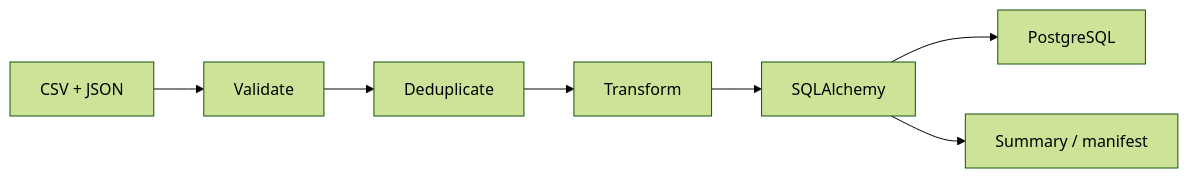
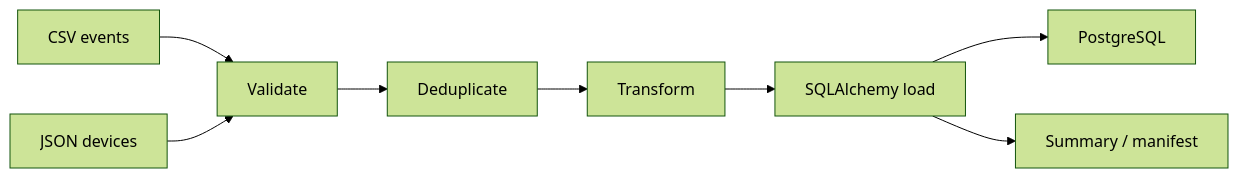
Before and after one commit to guilherme-lacerda-tech/data-etl-automation-lab: the diagram in README.md, drawn with Mermaid (forest theme). The commit also changed other lines of this file and 6 other files, not shown here.

````diff
--- a/README.md
+++ b/README.md
@@ -24,9 +27,10 @@
 ```mermaid
 flowchart LR
-    A["CSV + JSON"] --> B["Validate"]
-    B --> C["Deduplicate"]
-    C --> D["Transform"]
-    D --> E["SQLAlchemy"]
-    E --> F["PostgreSQL"]
-    E --> G["Summary / manifest"]
+    CSV["CSV events"] --> Validate["Validate"]
+    JSON["JSON devices"] --> Validate
+    Validate --> Deduplicate["Deduplicate"]
+    Deduplicate --> Transform["Transform"]
+    Transform --> DB["SQLAlchemy load"]
+    DB --> Postgres["PostgreSQL"]
+    DB --> Reports["Summary / manifest"]
 ```
````
